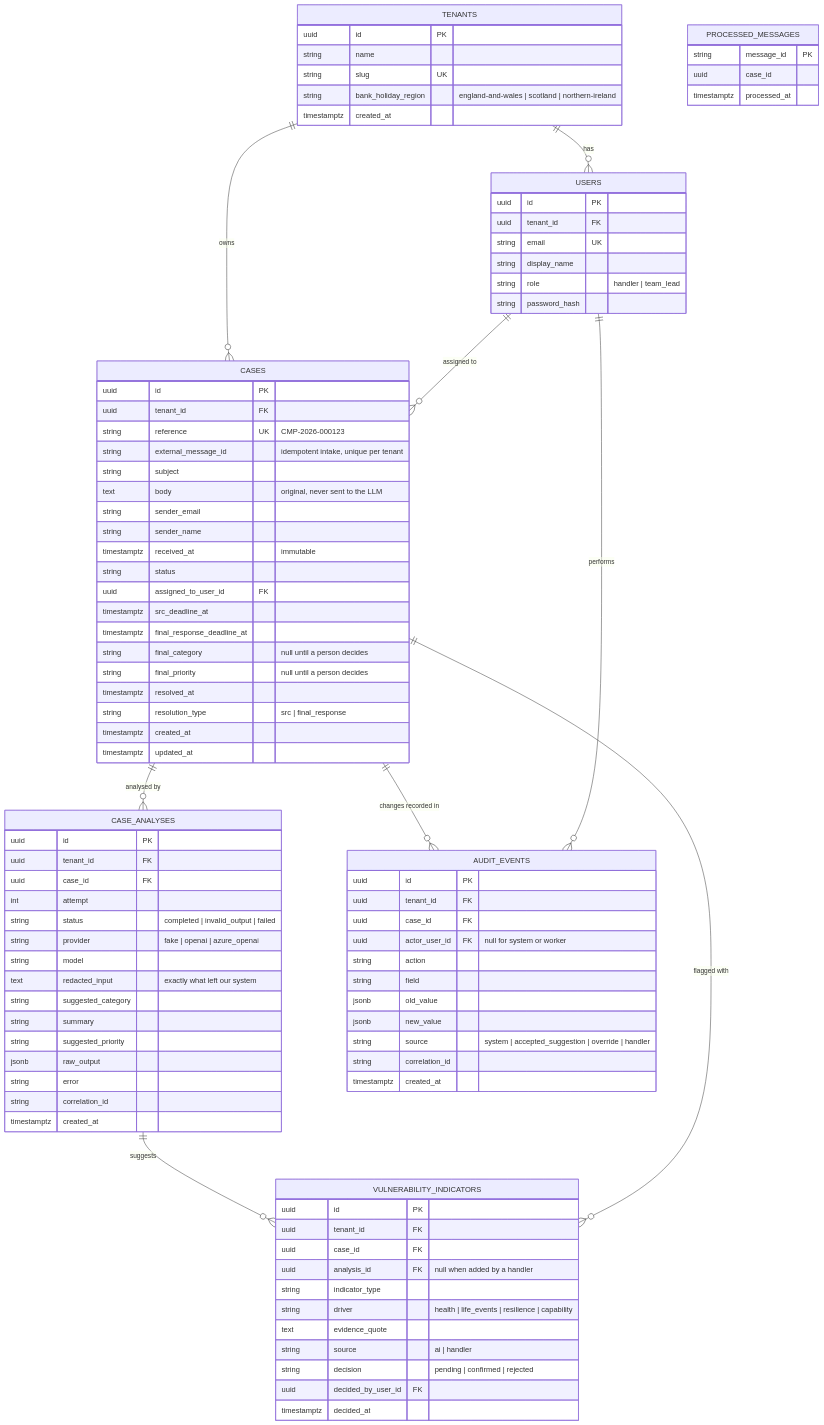
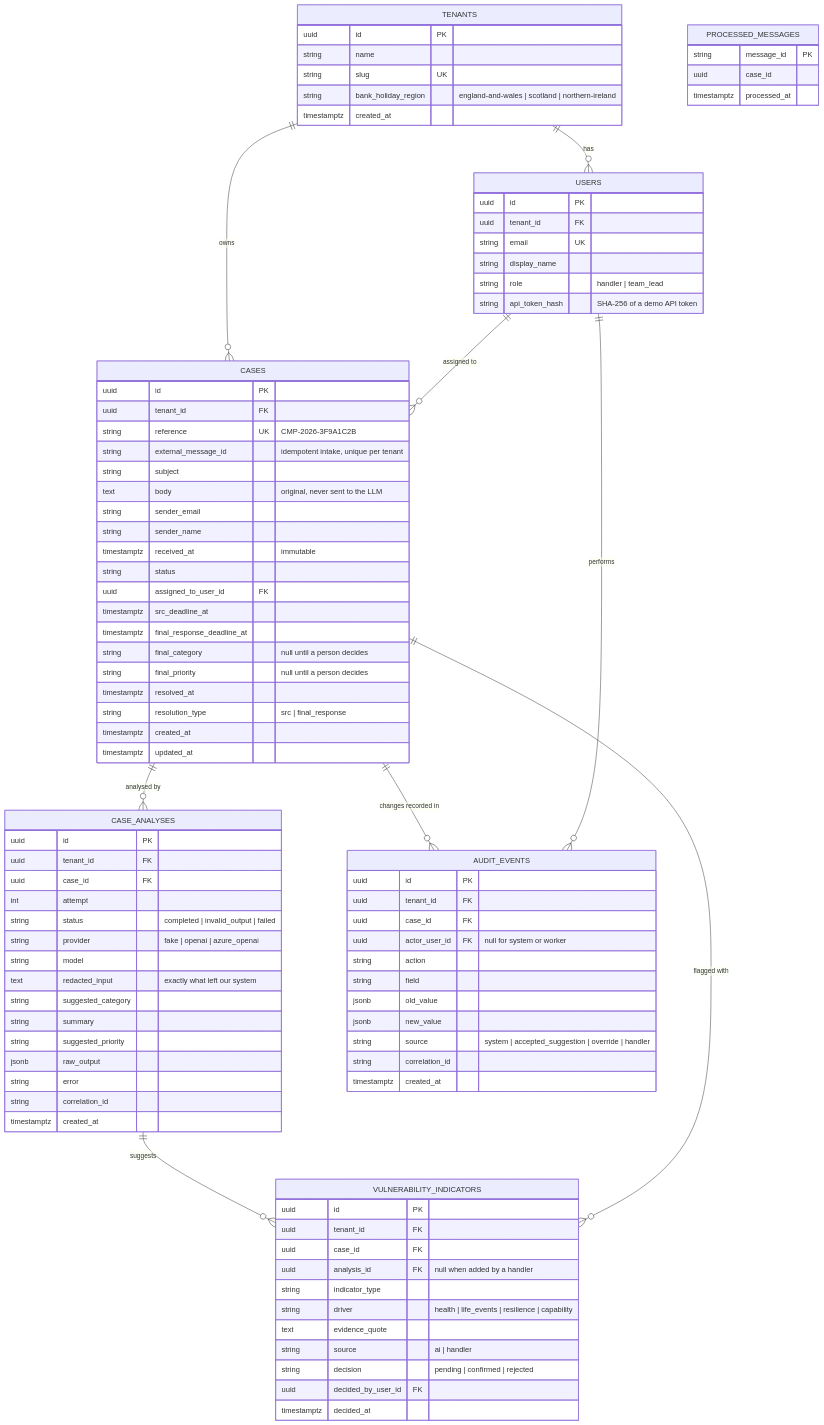
One commit to IRAKLIABELASHVILI/complaint-intake-copilot changed the first of 2 diagrams in docs/data-model.md. Above: the diagram before and after it, drawn with Mermaid. The commit also changed 41 other files, not shown here.

```diff
--- a/docs/data-model.md
+++ b/docs/data-model.md
@@ -27,12 +27,12 @@
         string email UK
         string display_name
         string role "handler | team_lead"
-        string password_hash
+        string api_token_hash "SHA-256 of a demo API token"
     }
     CASES {
         uuid id PK
         uuid tenant_id FK
-        string reference UK "CMP-2026-000123"
+        string reference UK "CMP-2026-3F9A1C2B"
         string external_message_id "idempotent intake, unique per tenant"
         string subject
         text body "original, never sent to the LLM"
```
